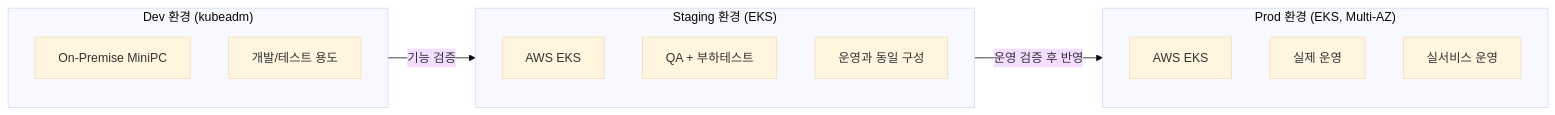
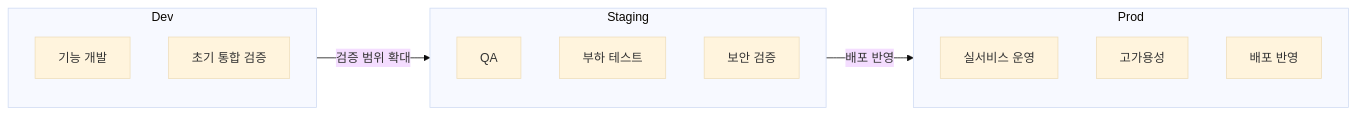
One commit to goorm-gongbang/001-finalPR changed the diagram in docs/content/infrastructure/environment.md. Above: the diagram before and after it, drawn with Mermaid (base theme). The commit also changed other lines of this file and 2 other files, not shown here.

Commit message:
fix(인프라): 환경 구성과 아키텍처 설명 보완

````diff
--- a/docs/content/infrastructure/environment.md
+++ b/docs/content/infrastructure/environment.md
@@ -15,22 +15,22 @@
 ```mermaid
 flowchart LR
-    subgraph Dev["Dev 환경 (kubeadm)"]
-        D1[On-Premise MiniPC]
-        D2[개발/테스트 용도]
+    subgraph Dev["Dev"]
+        D1["기능 개발"]
+        D2["초기 통합 검증"]
     end
 
-    subgraph Staging["Staging 환경 (EKS)"]
-        S1[AWS EKS]
-        S2[QA + 부하테스트]
-        S3[운영과 동일 구성]
+    subgraph Staging["Staging"]
+        S1["QA"]
+        S2["부하 테스트"]
+        S3["보안 검증"]
     end
 
-    subgraph Prod["Prod 환경 (EKS, Multi-AZ)"]
-        P1[AWS EKS]
-        P2[실제 운영]
-        P3[실서비스 운영]
+    subgraph Prod["Prod"]
+        P1["실서비스 운영"]
+        P2["고가용성"]
+        P3["배포 반영"]
     end
 
-    Dev -->|"기능 검증"| Staging
-    Staging -->|"운영 검증 후 반영"| Prod
+    Dev -->|"검증 범위 확대"| Staging
+    Staging -->|"배포 반영"| Prod
 ```
````
